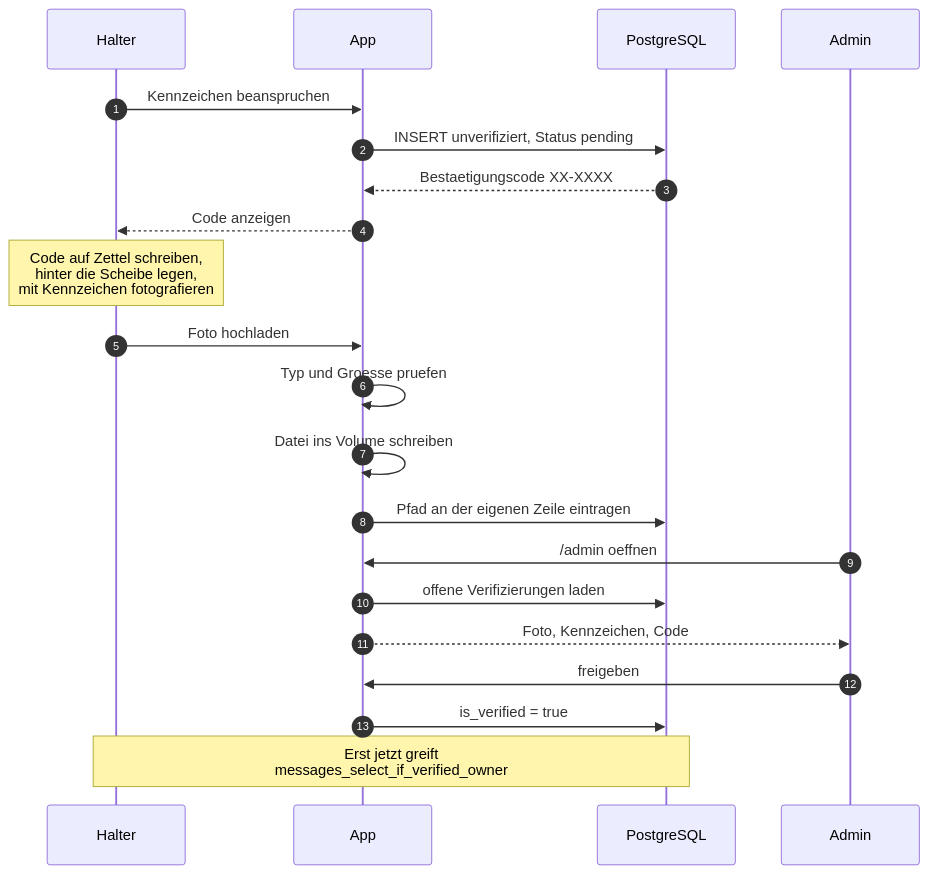
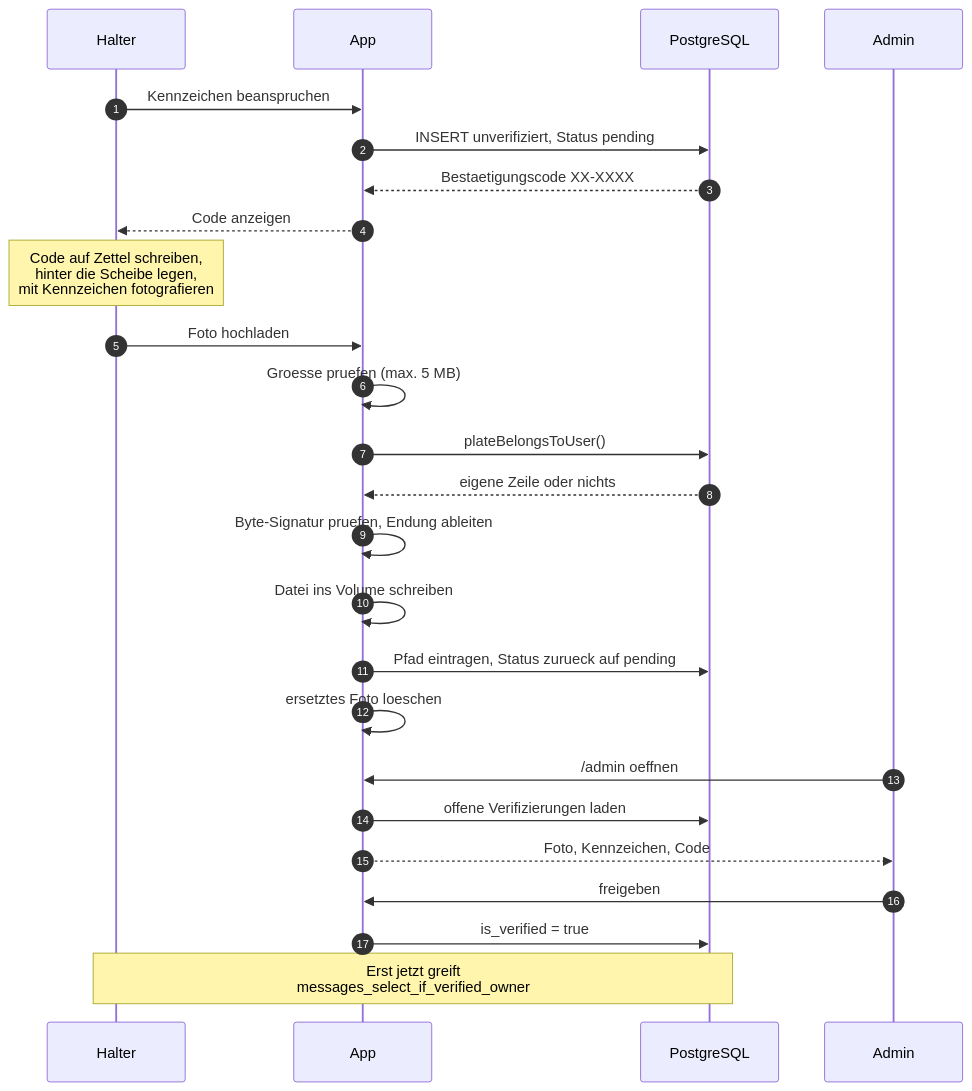
Before and after one commit to mariushuck/PlateDrop: the fifth of 8 diagrams in docs/architecture.md, drawn with Mermaid. The commit also changed other lines of this file and 8 other files, not shown here.

````diff
--- a/docs/architecture.md
+++ b/docs/architecture.md
@@ -378,24 +440,28 @@
 ```mermaid
 sequenceDiagram
     autonumber
     participant H as Halter
     participant App
     participant DB as PostgreSQL
     participant Ad as Admin
 
     H->>App: Kennzeichen beanspruchen
     App->>DB: INSERT unverifiziert, Status pending
     DB-->>App: Bestaetigungscode XX-XXXX
     App-->>H: Code anzeigen
     Note over H: Code auf Zettel schreiben,<br/>hinter die Scheibe legen,<br/>mit Kennzeichen fotografieren
     H->>App: Foto hochladen
-    App->>App: Typ und Groesse pruefen
+    App->>App: Groesse pruefen (max. 5 MB)
+    App->>DB: plateBelongsToUser()
+    DB-->>App: eigene Zeile oder nichts
+    App->>App: Byte-Signatur pruefen, Endung ableiten
     App->>App: Datei ins Volume schreiben
-    App->>DB: Pfad an der eigenen Zeile eintragen
+    App->>DB: Pfad eintragen, Status zurueck auf pending
+    App->>App: ersetztes Foto loeschen
     Ad->>App: /admin oeffnen
     App->>DB: offene Verifizierungen laden
     App-->>Ad: Foto, Kennzeichen, Code
     Ad->>App: freigeben
     App->>DB: is_verified = true
     Note over H,DB: Erst jetzt greift<br/>messages_select_if_verified_owner
 ```
````
